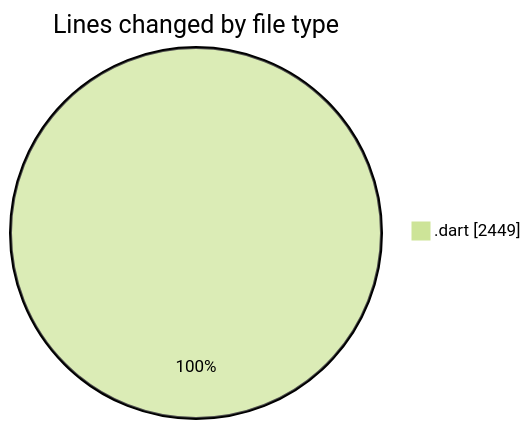
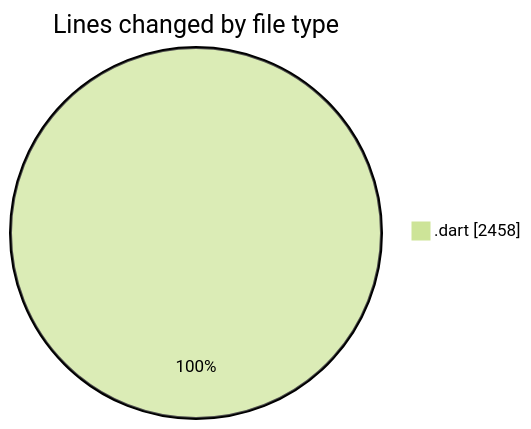
The first of 2 diagrams in 2025-08-16/studybuddy/README.md (lephambinh05/code-tracking), drawn with Mermaid (forest theme) before and after one commit. The commit also changed other lines of this file and 1 other file, not shown here.

````diff
--- a/2025-08-16/studybuddy/README.md
+++ b/2025-08-16/studybuddy/README.md
@@ -26,5 +26,5 @@
 ```mermaid
 pie showData
 title Lines changed by file type
-".dart" : 2449
+".dart" : 2458
 ```
````
